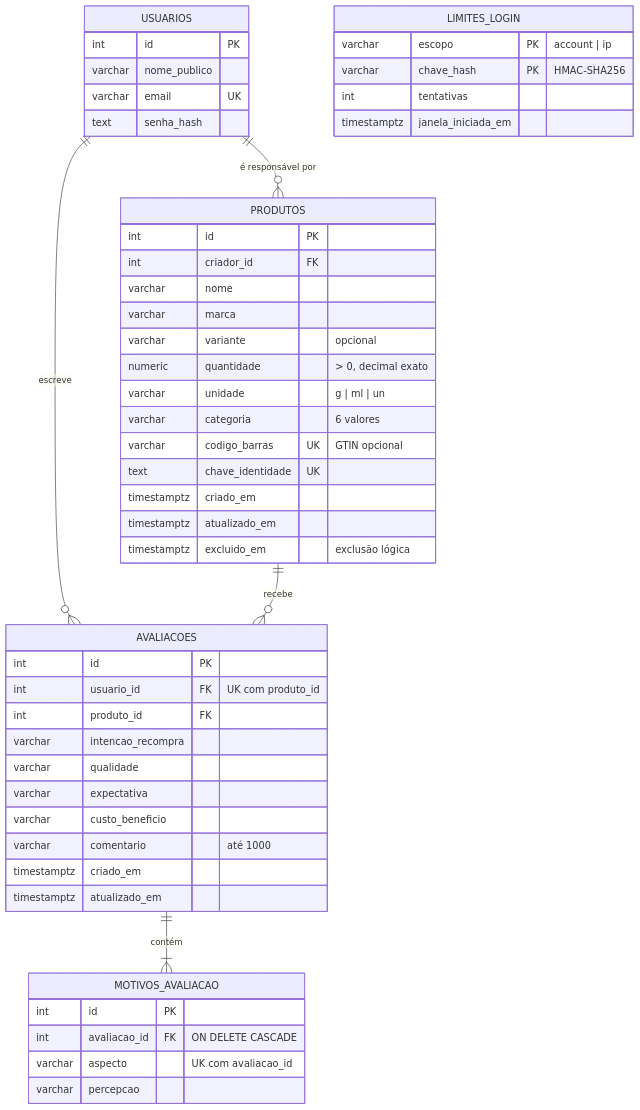
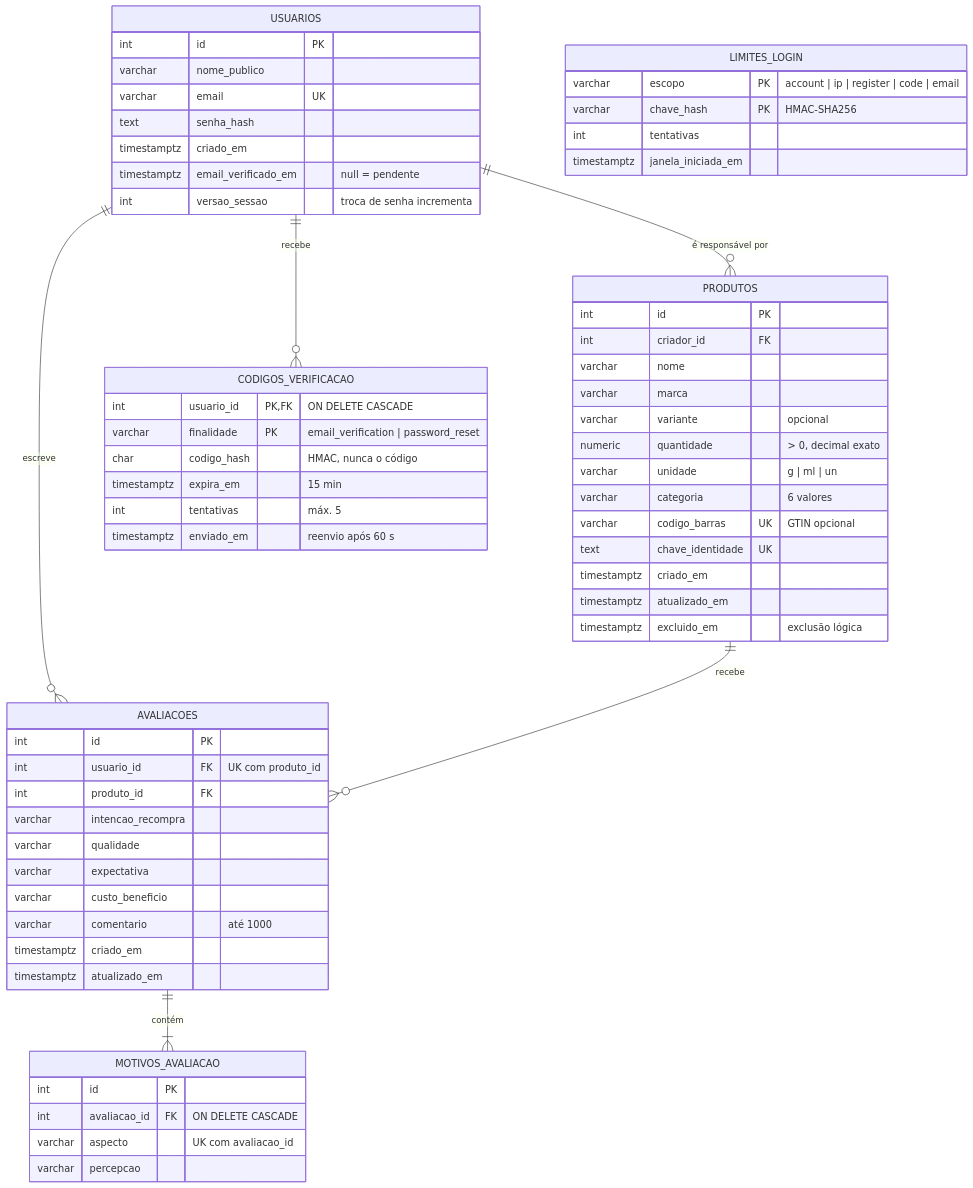
The third of 7 diagrams in docs/diagramas.md (vsys-val/fastapi-merchant-app), drawn with Mermaid before and after one commit. The commit also changed other lines of this file and 15 other files, not shown here.

````diff
--- a/docs/diagramas.md
+++ b/docs/diagramas.md
@@ -53,53 +56,65 @@
 ```mermaid
 erDiagram
   USUARIOS ||--o{ PRODUTOS : "é responsável por"
   USUARIOS ||--o{ AVALIACOES : escreve
   PRODUTOS ||--o{ AVALIACOES : recebe
   AVALIACOES ||--|{ MOTIVOS_AVALIACAO : contém
+  USUARIOS ||--o{ CODIGOS_VERIFICACAO : recebe
 
   USUARIOS {
     int id PK
     varchar nome_publico
     varchar email UK
     text senha_hash
+    timestamptz criado_em
+    timestamptz email_verificado_em "null = pendente"
+    int versao_sessao "troca de senha incrementa"
+  }
+  CODIGOS_VERIFICACAO {
+    int usuario_id PK, FK "ON DELETE CASCADE"
+    varchar finalidade PK "email_verification | password_reset"
+    char codigo_hash "HMAC, nunca o código"
+    timestamptz expira_em "15 min"
+    int tentativas "máx. 5"
+    timestamptz enviado_em "reenvio após 60 s"
   }
   PRODUTOS {
     int id PK
     int criador_id FK
     varchar nome
     varchar marca
     varchar variante "opcional"
     numeric quantidade "> 0, decimal exato"
     varchar unidade "g | ml | un"
     varchar categoria "6 valores"
     varchar codigo_barras UK "GTIN opcional"
     text chave_identidade UK
     timestamptz criado_em
     timestamptz atualizado_em
     timestamptz excluido_em "exclusão lógica"
   }
   AVALIACOES {
     int id PK
     int usuario_id FK "UK com produto_id"
     int produto_id FK
     varchar intencao_recompra
     varchar qualidade
     varchar expectativa
     varchar custo_beneficio
     varchar comentario "até 1000"
     timestamptz criado_em
     timestamptz atualizado_em
   }
   MOTIVOS_AVALIACAO {
     int id PK
     int avaliacao_id FK "ON DELETE CASCADE"
     varchar aspecto "UK com avaliacao_id"
     varchar percepcao
   }
   LIMITES_LOGIN {
-    varchar escopo PK "account | ip"
+    varchar escopo PK "account | ip | register | code | email"
     varchar chave_hash PK "HMAC-SHA256"
     int tentativas
     timestamptz janela_iniciada_em
   }
 ```
````
